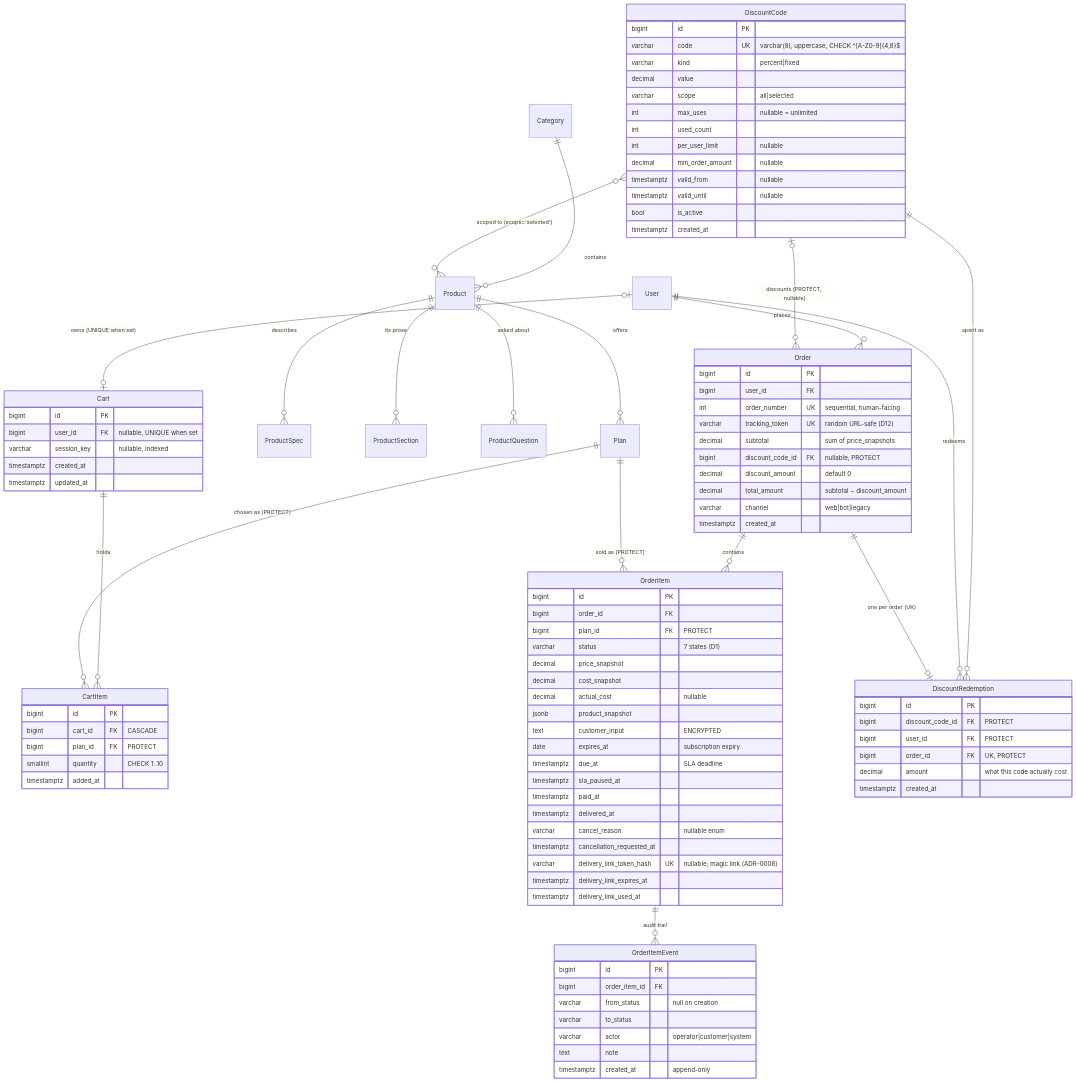
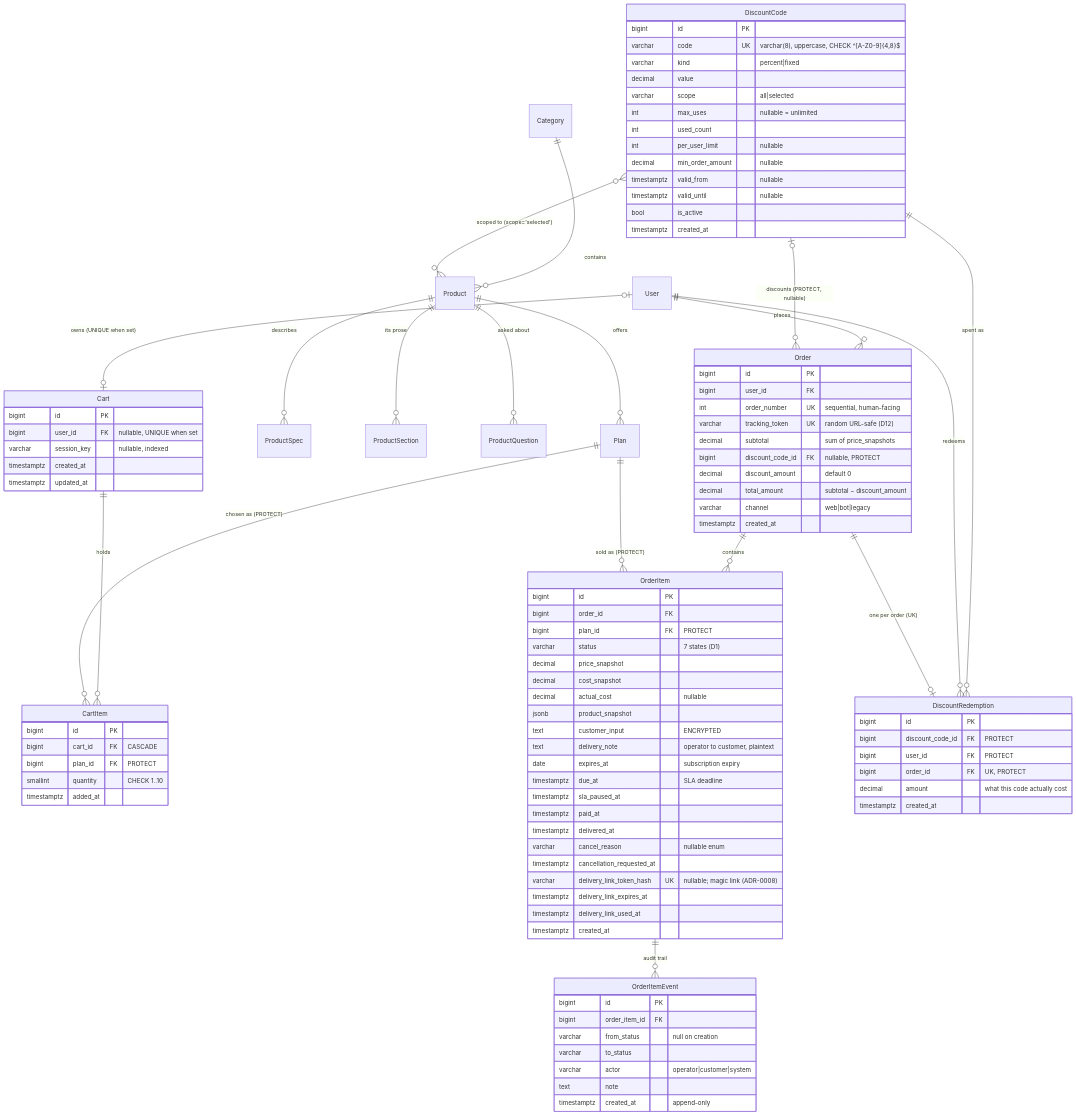
The diagram in docs/data-model.md (Sina-Amare/premshop), drawn with Mermaid before and after one commit. The commit also changed other lines of this file, not shown here.

```diff
--- a/docs/data-model.md
+++ b/docs/data-model.md
@@ -97,6 +97,7 @@
         decimal actual_cost "nullable"
         jsonb product_snapshot
         text customer_input "ENCRYPTED"
+        text delivery_note "operator to customer, plaintext"
         date expires_at "subscription expiry"
         timestamptz due_at "SLA deadline"
         timestamptz sla_paused_at
@@ -107,6 +108,7 @@
         varchar delivery_link_token_hash UK "nullable; magic link (ADR-0008)"
         timestamptz delivery_link_expires_at
         timestamptz delivery_link_used_at
+        timestamptz created_at
     }
     OrderItemEvent {
         bigint id PK
```
